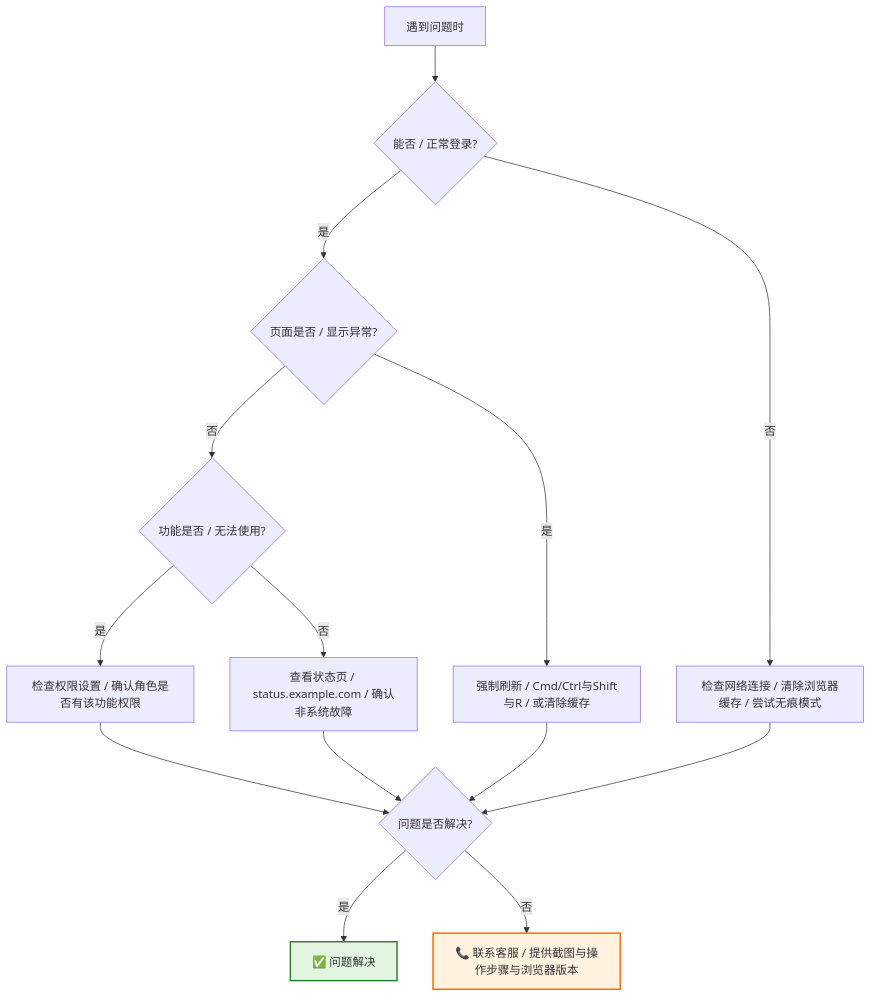
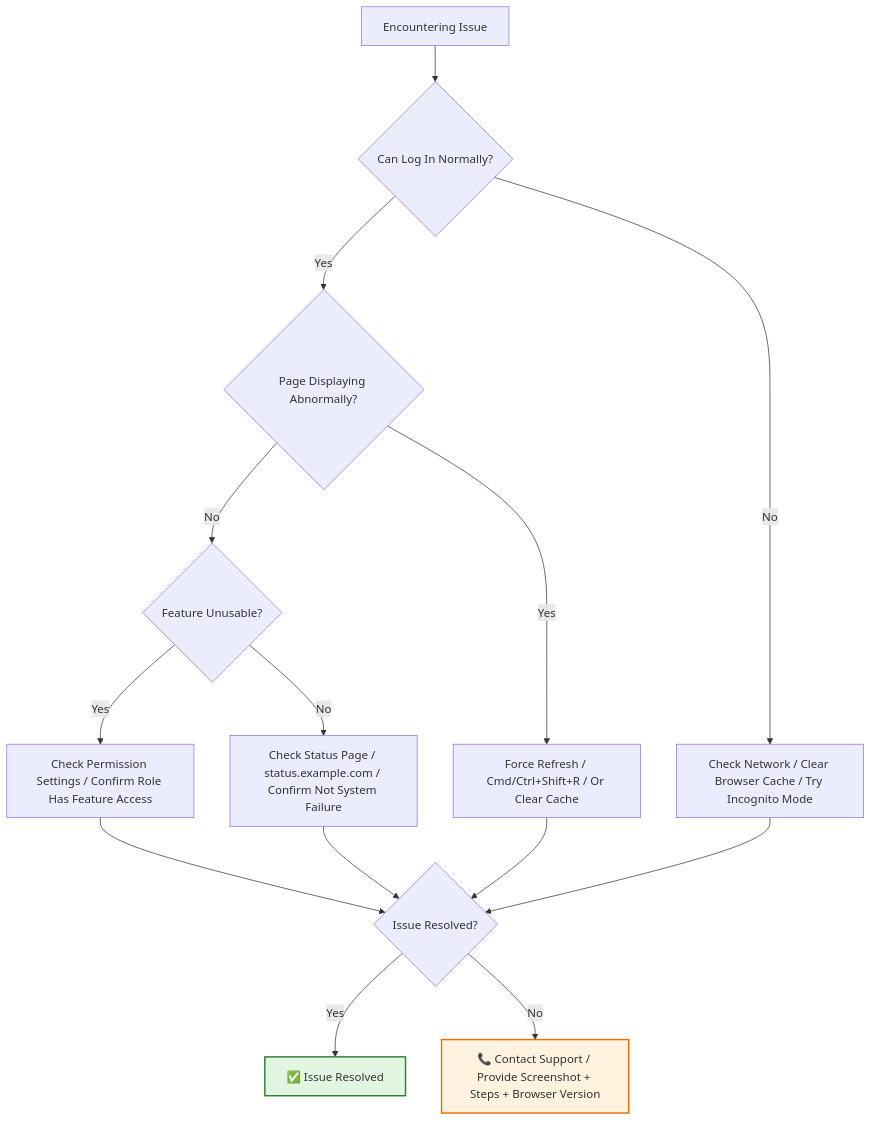
Before and after one commit to Kirky-X/cangjie: the seventh of 7 diagrams in templates/产品/运营层/【模板】用户手册.md, drawn with Mermaid. The commit also changed other lines of this file and 46 other files, not shown here.

````diff
--- a/templates/产品/运营层/【模板】用户手册.md
+++ b/templates/产品/运营层/【模板】用户手册.md
@@ -464,19 +451,19 @@
 ```mermaid
 flowchart TD
-    A[遇到问题时] --> B{能否 / 正常登录?}
-    B -->|否| C[检查网络连接 / 清除浏览器缓存 / 尝试无痕模式]
-    B -->|是| D{页面是否 / 显示异常?}
-    D -->|是| E[强制刷新 / Cmd/Ctrl与Shift与R / 或清除缓存]
-    D -->|否| F{功能是否 / 无法使用?}
-    F -->|是| G[检查权限设置 / 确认角色是否有该功能权限]
-    F -->|否| H[查看状态页 / status.example.com / 确认非系统故障]
-    G --> I{问题是否解决?}
+    A[Encountering Issue] --> B{Can Log In Normally?}
+    B -->|No| C[Check Network / Clear Browser Cache / Try Incognito Mode]
+    B -->|Yes| D{Page Displaying Abnormally?}
+    D -->|Yes| E[Force Refresh / Cmd/Ctrl+Shift+R / Or Clear Cache]
+    D -->|No| F{Feature Unusable?}
+    F -->|Yes| G[Check Permission Settings / Confirm Role Has Feature Access]
+    F -->|No| H[Check Status Page / status.example.com / Confirm Not System Failure]
+    G --> I{Issue Resolved?}
     H --> I
     E --> I
     C --> I
-    I -->|是| J[✅ 问题解决]
-    I -->|否| K[📞 联系客服 / 提供截图与操作步骤与浏览器版本]
+    I -->|Yes| J[✅ Issue Resolved]
+    I -->|No| K[📞 Contact Support / Provide Screenshot + Steps + Browser Version]
 
     style J fill:#e1f5e1,stroke:#2e7d32,stroke-width:2px
     style K fill:#fff3e0,stroke:#ef6c00,stroke-width:2px
 ```
````
